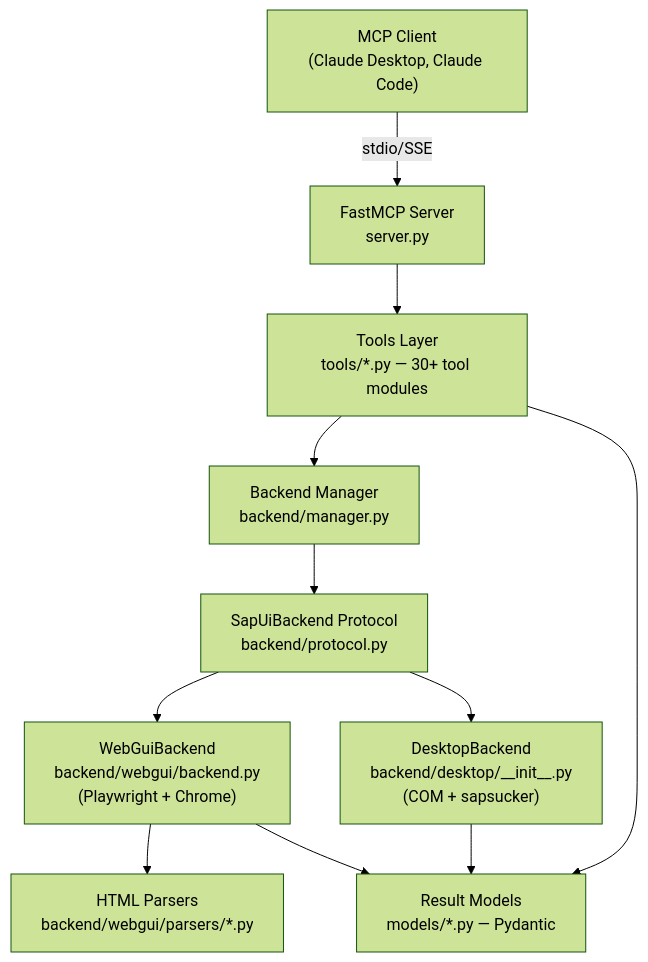
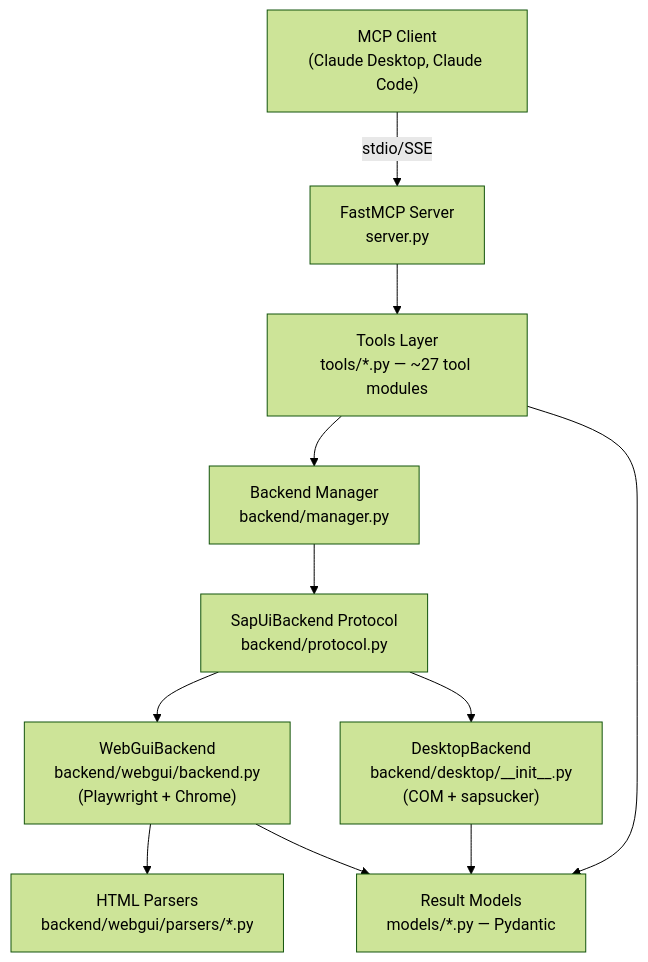
Before and after one commit to Hochfrequenz/sapgui.mcp: the first of 2 diagrams in ARCHITECTURE.md, drawn with Mermaid (forest theme). The commit also changed other lines of this file, not shown here.

First line of the commit message:
docs: fix ARCHITECTURE.md accuracy per review

````diff
--- a/ARCHITECTURE.md
+++ b/ARCHITECTURE.md
@@ -13,23 +13,23 @@
 ```mermaid
 graph TD
     Client["MCP Client<br/>(Claude Desktop, Claude Code)"]
     Server["FastMCP Server<br/>server.py"]
-    Tools["Tools Layer<br/>tools/*.py — 30+ tool modules"]
+    Tools["Tools Layer<br/>tools/*.py — ~27 tool modules"]
     Manager["Backend Manager<br/>backend/manager.py"]
     Protocol["SapUiBackend Protocol<br/>backend/protocol.py"]
     WebGUI["WebGuiBackend<br/>backend/webgui/backend.py<br/>(Playwright + Chrome)"]
     Desktop["DesktopBackend<br/>backend/desktop/__init__.py<br/>(COM + sapsucker)"]
     Parsers["HTML Parsers<br/>backend/webgui/parsers/*.py"]
     Models["Result Models<br/>models/*.py — Pydantic"]
 
     Client -->|stdio/SSE| Server
     Server --> Tools
     Tools --> Manager
     Manager --> Protocol
     Protocol --> WebGUI
     Protocol --> Desktop
     WebGUI --> Parsers
     Tools --> Models
     WebGUI --> Models
     Desktop --> Models
 ```
````
